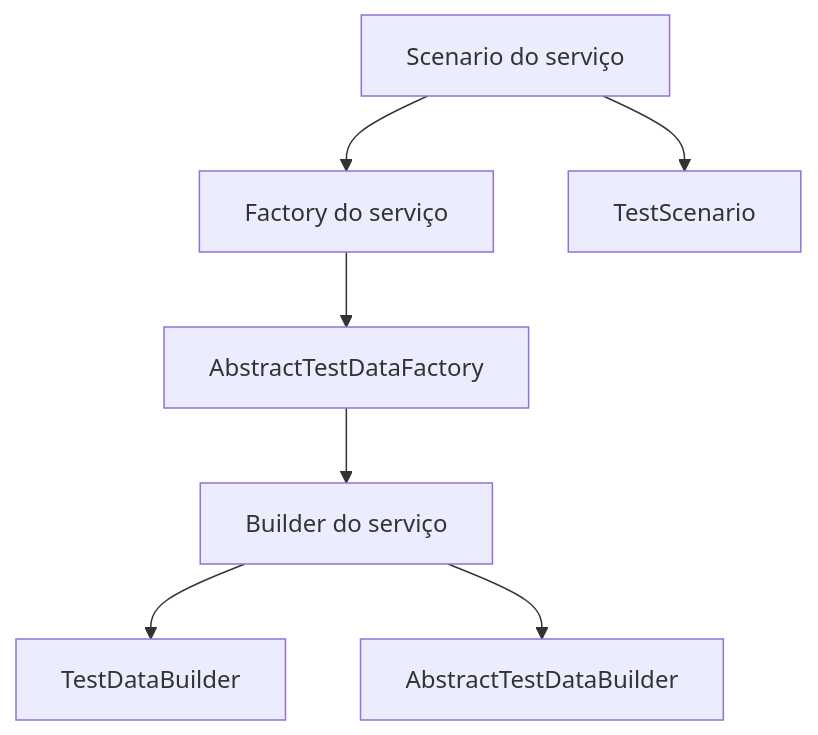
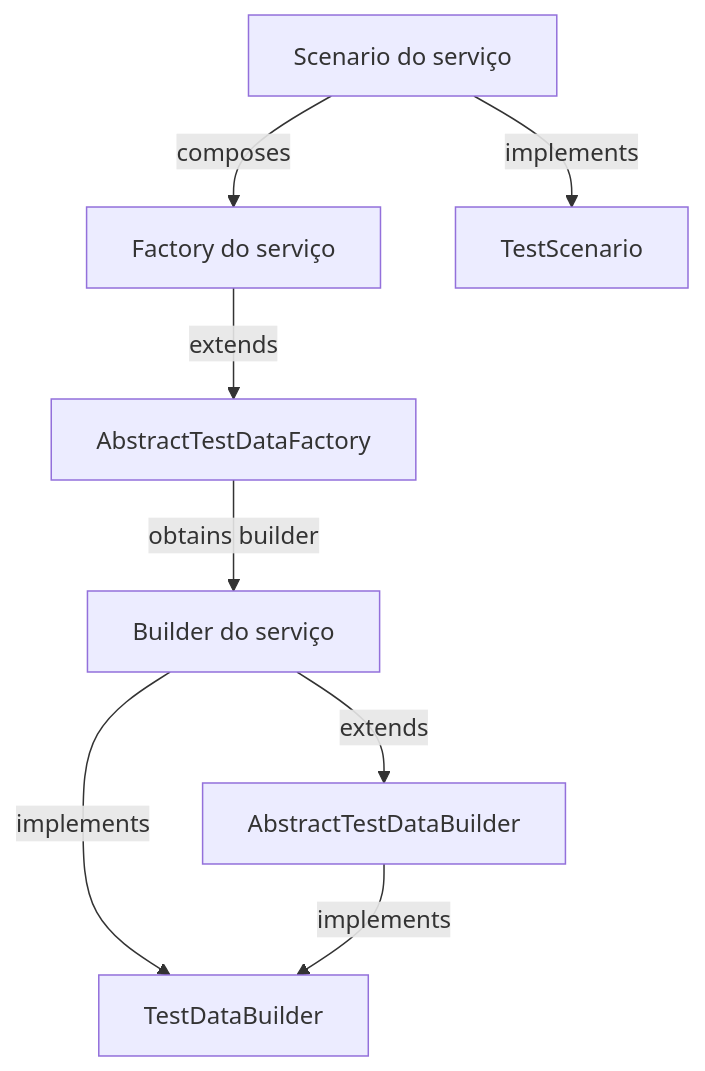
One commit to BrunoBS/platform-libraries changed the third of 9 diagrams in modules/platform-testing/docs/PACKAGES_AND_CLASSES.md. Above: the diagram before and after it, drawn with Mermaid. The commit also changed other lines of this file, not shown here.

Commit message:
docs(testing): clarify fixture relationship diagrams

````diff
--- a/modules/platform-testing/docs/PACKAGES_AND_CLASSES.md
+++ b/modules/platform-testing/docs/PACKAGES_AND_CLASSES.md
@@ -48,17 +48,18 @@
 ```mermaid
 flowchart TB
     Builder["Builder do serviço"]
     BuilderContract["TestDataBuilder"]
     BuilderBase["AbstractTestDataBuilder"]
     Factory["Factory do serviço"]
     FactoryBase["AbstractTestDataFactory"]
     Scenario["Scenario do serviço"]
     ScenarioContract["TestScenario"]
 
-    Builder --> BuilderContract
-    Builder --> BuilderBase
-    Factory --> FactoryBase
-    FactoryBase --> Builder
-    Scenario --> ScenarioContract
-    Scenario --> Factory
+    Builder -->|implements| BuilderContract
+    Builder -->|extends| BuilderBase
+    BuilderBase -->|implements| BuilderContract
+    Factory -->|extends| FactoryBase
+    FactoryBase -->|obtains builder| Builder
+    Scenario -->|implements| ScenarioContract
+    Scenario -->|composes| Factory
 ```
````
